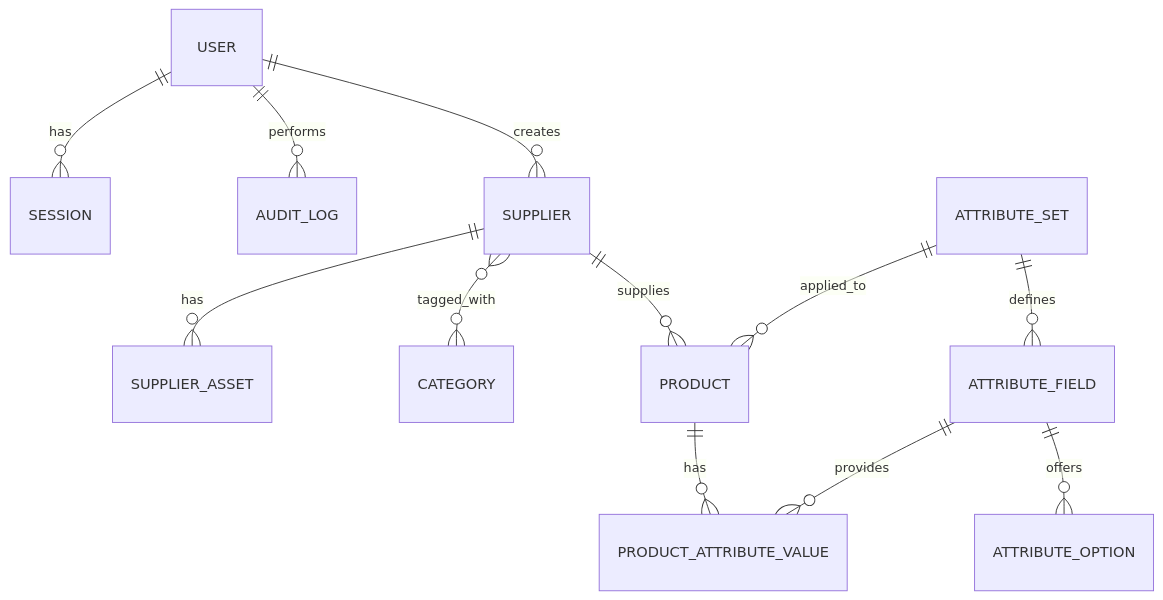
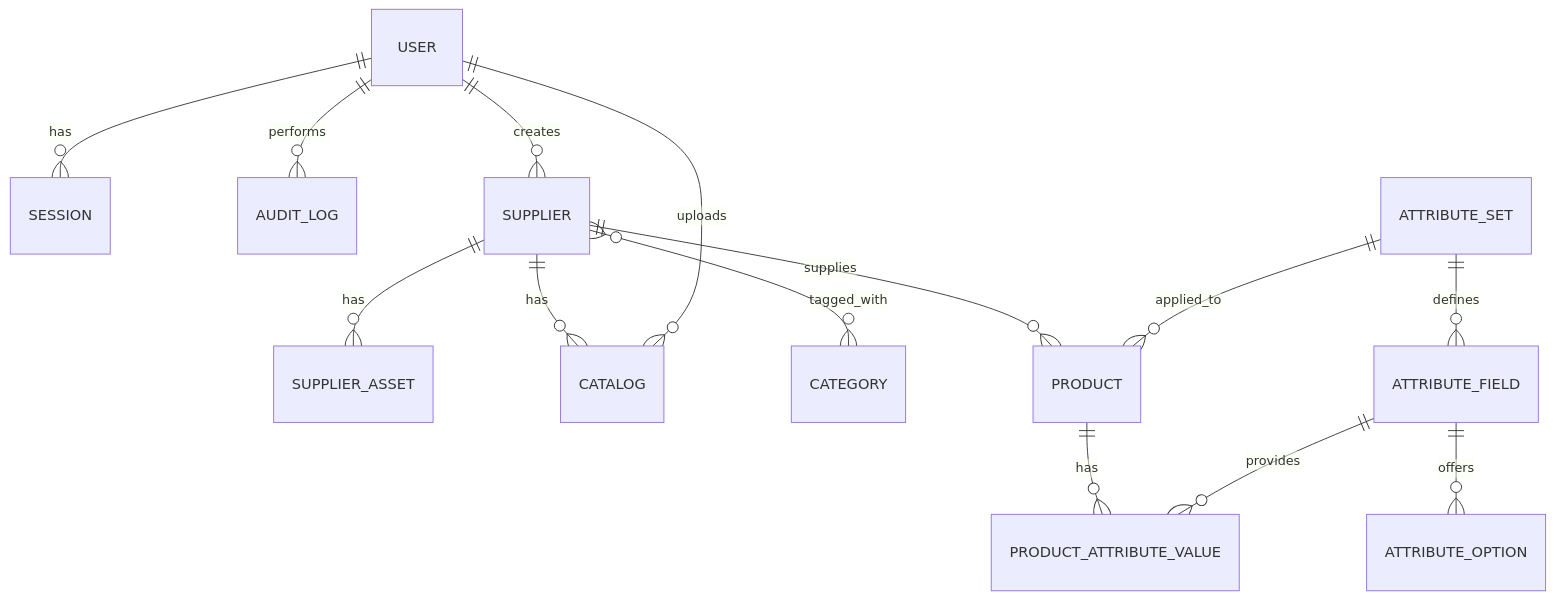
Before and after one commit to johanvinga/anansi: the diagram in SPEC.md, drawn with Mermaid. The commit also changed other lines of this file and 111 other files, not shown here.

````diff
--- a/SPEC.md
+++ b/SPEC.md
@@ -239,14 +252,16 @@
 ```mermaid
 erDiagram
   USER ||--o{ SESSION : has
   USER ||--o{ AUDIT_LOG : performs
   USER ||--o{ SUPPLIER : creates
   SUPPLIER ||--o{ SUPPLIER_ASSET : has
+  SUPPLIER ||--o{ CATALOG : has
+  USER ||--o{ CATALOG : uploads
   SUPPLIER }o--o{ CATEGORY : tagged_with
   SUPPLIER ||--o{ PRODUCT : supplies
   ATTRIBUTE_SET ||--o{ ATTRIBUTE_FIELD : defines
   ATTRIBUTE_SET ||--o{ PRODUCT : applied_to
   PRODUCT ||--o{ PRODUCT_ATTRIBUTE_VALUE : has
   ATTRIBUTE_FIELD ||--o{ PRODUCT_ATTRIBUTE_VALUE : provides
   ATTRIBUTE_FIELD ||--o{ ATTRIBUTE_OPTION : offers
 ```
````
